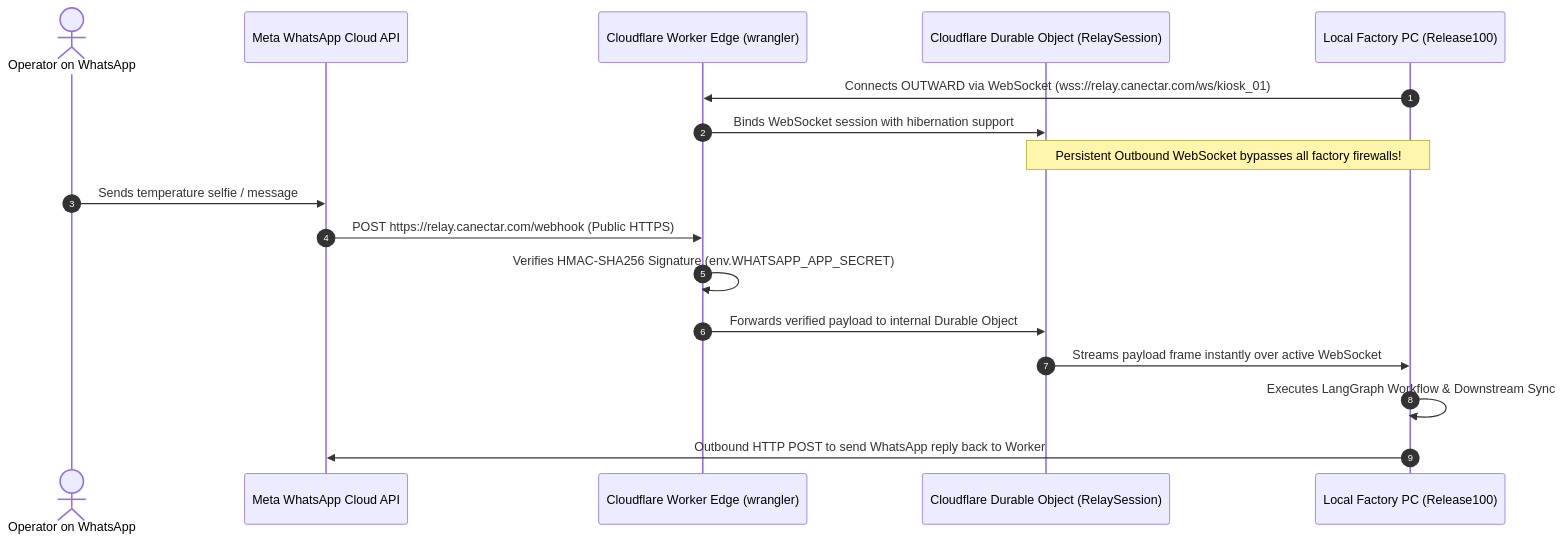
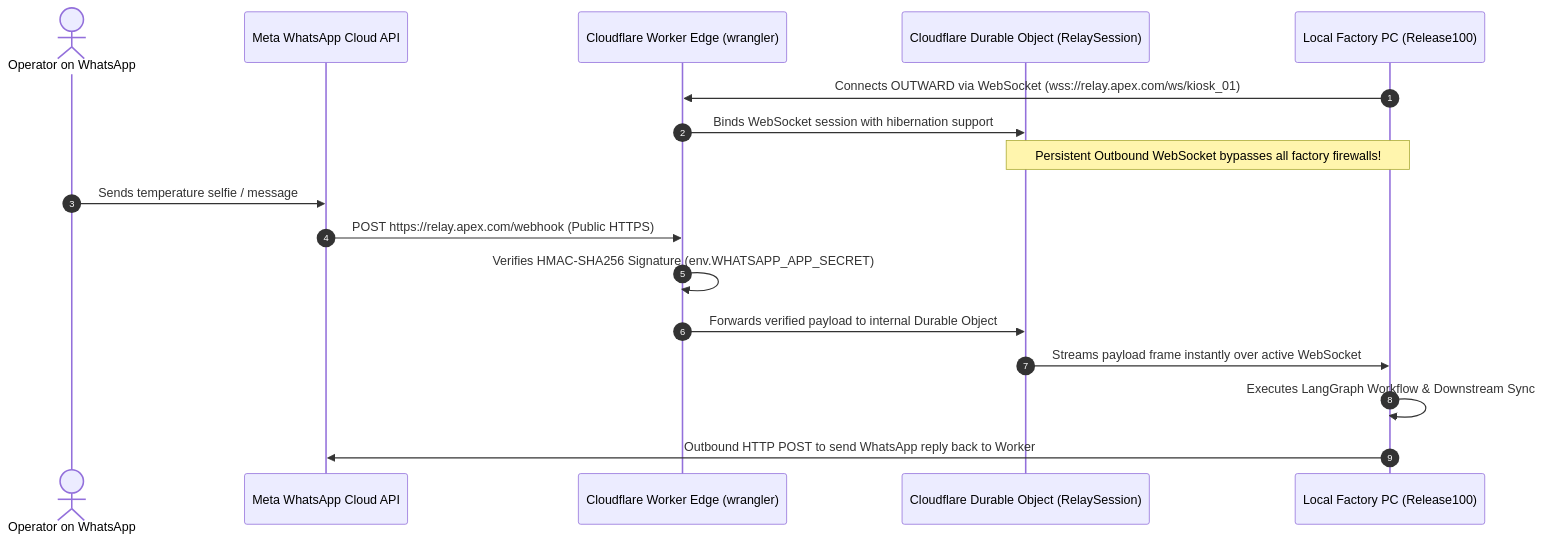
The second of 3 diagrams in plans/05_deployment_and_packaging_hub_v1.1.md (meetmahendra/Release100), drawn with Mermaid before and after one commit. The commit also changed other lines of this file and 41 other files, not shown here.

````diff
--- a/plans/05_deployment_and_packaging_hub_v1.1.md
+++ b/plans/05_deployment_and_packaging_hub_v1.1.md
@@ -129,21 +129,21 @@
 ```mermaid
 sequenceDiagram
     autonumber
     actor Worker as Operator on WhatsApp
     participant Meta as Meta WhatsApp Cloud API
     participant CF_Worker as Cloudflare Worker Edge (wrangler)
     participant CF_DO as Cloudflare Durable Object (RelaySession)
     participant LocalHost as Local Factory PC (Release100)
 
-    LocalHost->>CF_Worker: Connects OUTWARD via WebSocket (wss://relay.canectar.com/ws/kiosk_01)
+    LocalHost->>CF_Worker: Connects OUTWARD via WebSocket (wss://relay.apex.com/ws/kiosk_01)
     CF_Worker->>CF_DO: Binds WebSocket session with hibernation support
     Note over LocalHost,CF_DO: Persistent Outbound WebSocket bypasses all factory firewalls!
     
     Worker->>Meta: Sends temperature selfie / message
-    Meta->>CF_Worker: POST https://relay.canectar.com/webhook (Public HTTPS)
+    Meta->>CF_Worker: POST https://relay.apex.com/webhook (Public HTTPS)
     CF_Worker->>CF_Worker: Verifies HMAC-SHA256 Signature (env.WHATSAPP_APP_SECRET)
     CF_Worker->>CF_DO: Forwards verified payload to internal Durable Object
     CF_DO->>LocalHost: Streams payload frame instantly over active WebSocket
     LocalHost->>LocalHost: Executes LangGraph Workflow & Downstream Sync
     LocalHost->>Meta: Outbound HTTP POST to send WhatsApp reply back to Worker
 ```
````
